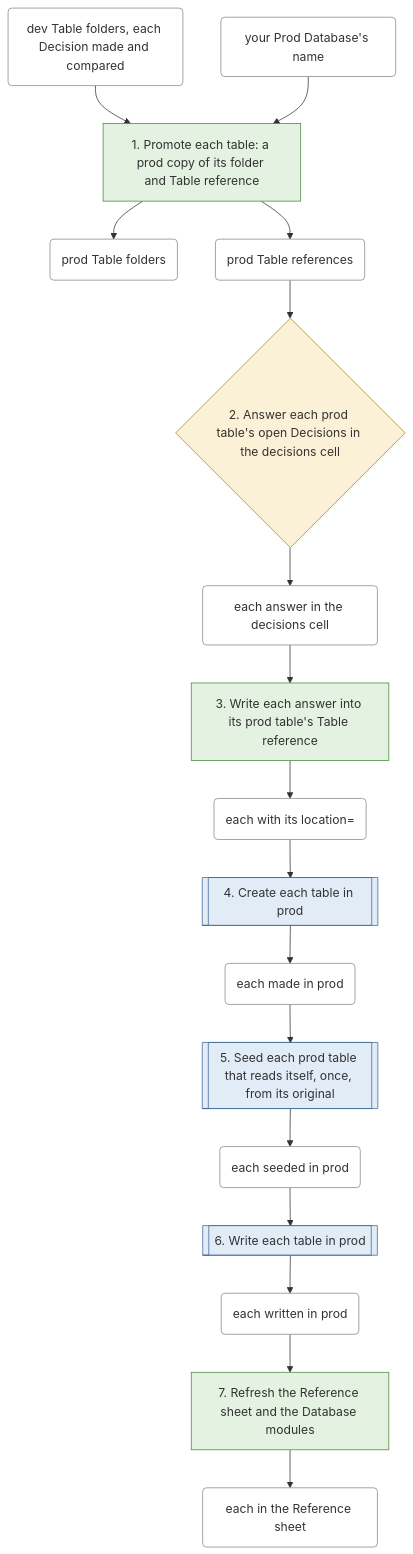
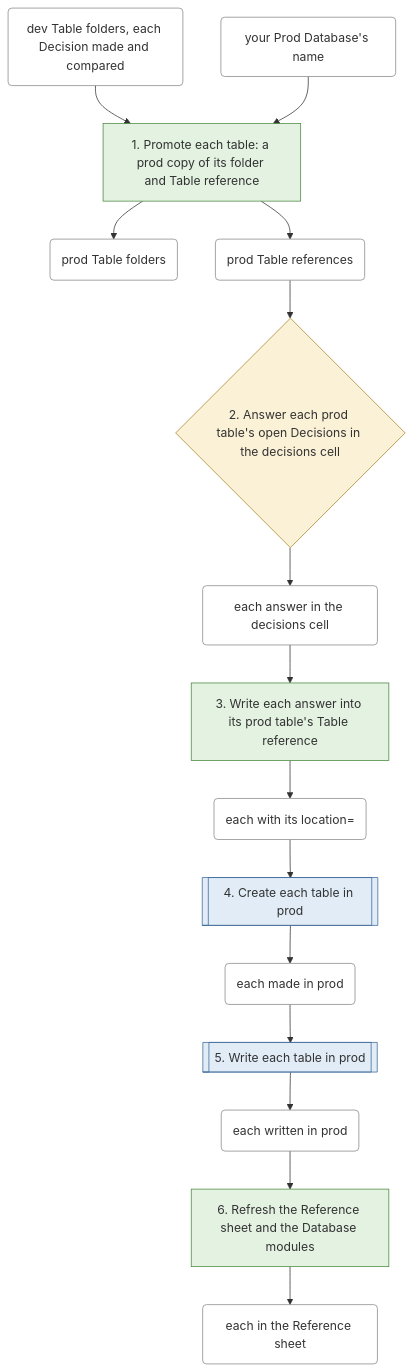
One commit to EdgyPage/SQL-Composer changed the third of 9 diagrams in docs/clean-branch-readme.md. Above: the diagram before and after it, drawn with Mermaid. The commit also changed other lines of this file and 44 other files, not shown here.

First line of the commit message:
feat(8.10): every History table seeded once before its first write, limited by {"months": N} (toolbox-8-10 ticket 05)

````diff
--- a/docs/clean-branch-readme.md
+++ b/docs/clean-branch-readme.md
@@ -1104,40 +1091,36 @@
 ```mermaid
 flowchart TD
     s0["1. Promote each table: a prod copy of its folder and Table reference"]:::files_only
     s1{"2. Answer each prod table's open Decisions in the decisions cell"}:::your_decision
     s2["3. Write each answer into its prod table's Table reference"]:::files_only
     s3[["4. Create each table in prod"]]:::warehouse_call
-    s4[["5. Seed each prod table that reads itself, once, from its original"]]:::warehouse_call
-    s5[["6. Write each table in prod"]]:::warehouse_call
-    s6["7. Refresh the Reference sheet and the Database modules"]:::files_only
+    s4[["5. Write each table in prod"]]:::warehouse_call
+    s5["6. Refresh the Reference sheet and the Database modules"]:::files_only
     t0("dev Table folders, each Decision made and compared"):::thing
     t1("your Prod Database's name"):::thing
     t2("prod Table folders"):::thing
     t3("prod Table references"):::thing
     t4("each answer in the decisions cell"):::thing
     t5("each with its location="):::thing
     t6("each made in prod"):::thing
-    t7("each seeded in prod"):::thing
-    t8("each written in prod"):::thing
-    t9("each in the Reference sheet"):::thing
+    t7("each written in prod"):::thing
+    t8("each in the Reference sheet"):::thing
     t0 --> s0
     t1 --> s0
     s0 --> t2
     s0 --> t3
     t3 --> s1
     s1 --> t4
     t4 --> s2
     s2 --> t5
     t5 --> s3
     s3 --> t6
     t6 --> s4
     s4 --> t7
     t7 --> s5
     s5 --> t8
-    t8 --> s6
-    s6 --> t9
     classDef files_only fill:#e3f2e1,stroke:#4a8a3f
     classDef warehouse_call fill:#e1ecf7,stroke:#3f6a9a
     classDef your_decision fill:#fbf1d6,stroke:#a8842a
     classDef thing fill:#ffffff,stroke:#888888
 ```
````
